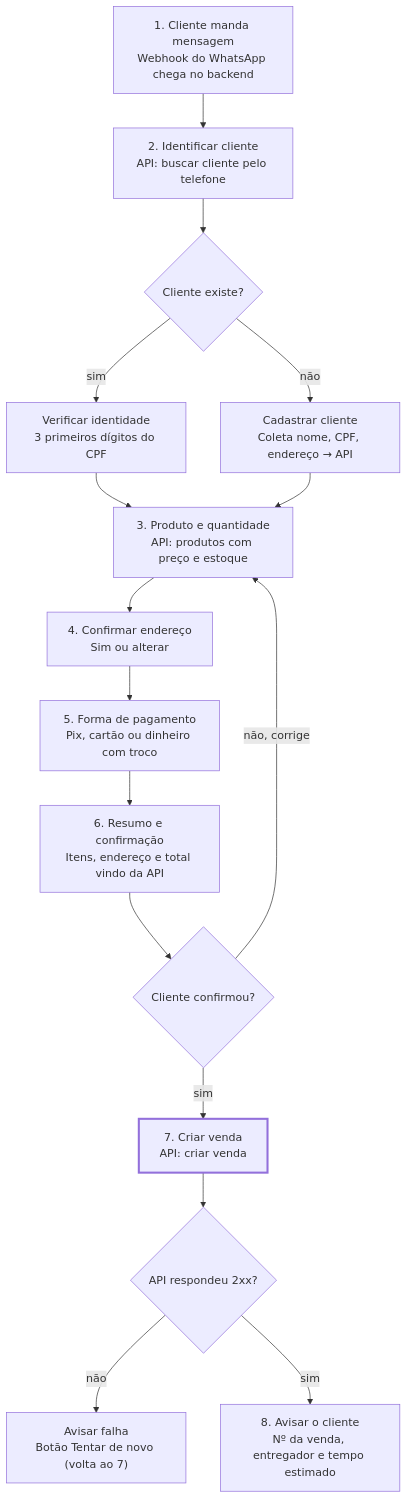
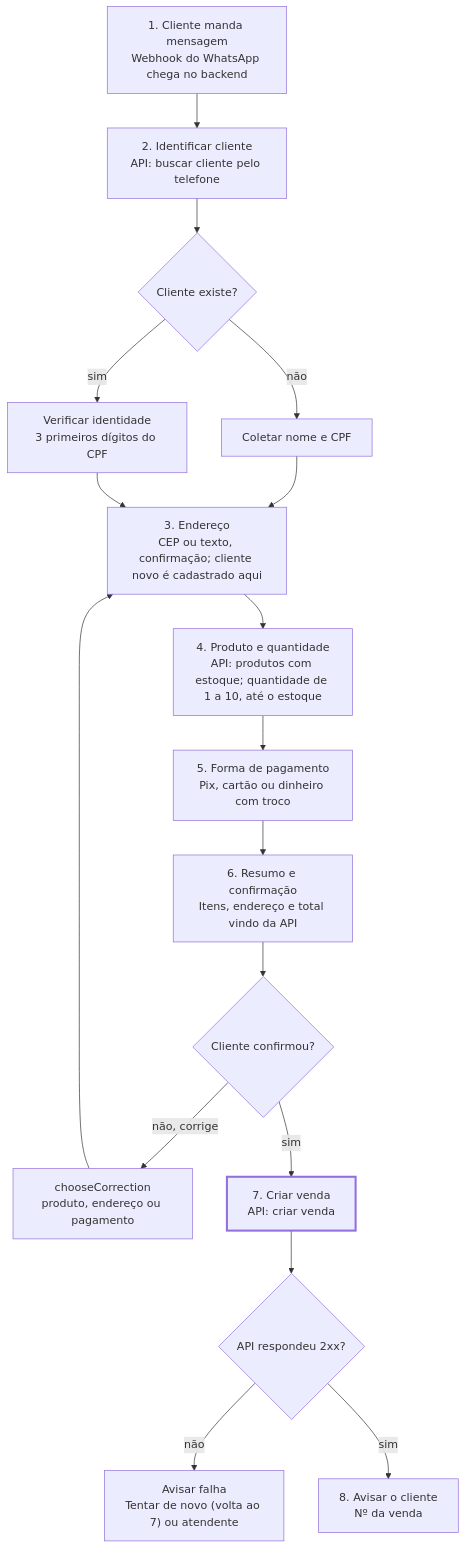
Before and after one commit to PabloFalc/REVgas-chatbot: the diagram in docs/project/fluxo.md, drawn with Mermaid. The commit also changed other lines of this file and 3 other files, not shown here.

````diff
--- a/docs/project/fluxo.md
+++ b/docs/project/fluxo.md
@@ -9,19 +9,20 @@
 ```mermaid
 flowchart TD
     A["1. Cliente manda mensagem<br/>Webhook do WhatsApp chega no backend"] --> B["2. Identificar cliente<br/>API: buscar cliente pelo telefone"]
     B --> C{Cliente existe?}
-    C -- não --> D["Cadastrar cliente<br/>Coleta nome, CPF, endereço → API"]
+    C -- não --> D["Coletar nome e CPF"]
     C -- sim --> V["Verificar identidade<br/>3 primeiros dígitos do CPF"]
-    V --> E["3. Produto e quantidade<br/>API: produtos com preço e estoque"]
-    D --> E
-    E --> F["4. Confirmar endereço<br/>Sim ou alterar"]
-    F --> G["5. Forma de pagamento<br/>Pix, cartão ou dinheiro com troco"]
+    D --> F["3. Endereço<br/>CEP ou texto, confirmação; cliente novo é cadastrado aqui"]
+    V --> F
+    F --> E["4. Produto e quantidade<br/>API: produtos com estoque; quantidade de 1 a 10, até o estoque"]
+    E --> G["5. Forma de pagamento<br/>Pix, cartão ou dinheiro com troco"]
     G --> H["6. Resumo e confirmação<br/>Itens, endereço e total vindo da API"]
     H --> I{Cliente confirmou?}
-    I -- "não, corrige" --> E
+    I -- "não, corrige" --> X["chooseCorrection<br/>produto, endereço ou pagamento"]
+    X --> F
     I -- sim --> J["7. Criar venda<br/>API: criar venda"]
     J --> K{API respondeu 2xx?}
-    K -- não --> L["Avisar falha<br/>Botão Tentar de novo (volta ao 7)"]
-    K -- sim --> M["8. Avisar o cliente<br/>Nº da venda, entregador e tempo estimado"]
+    K -- não --> L["Avisar falha<br/>Tentar de novo (volta ao 7) ou atendente"]
+    K -- sim --> M["8. Avisar o cliente<br/>Nº da venda"]
     style J stroke-width:3px
 ```
````
